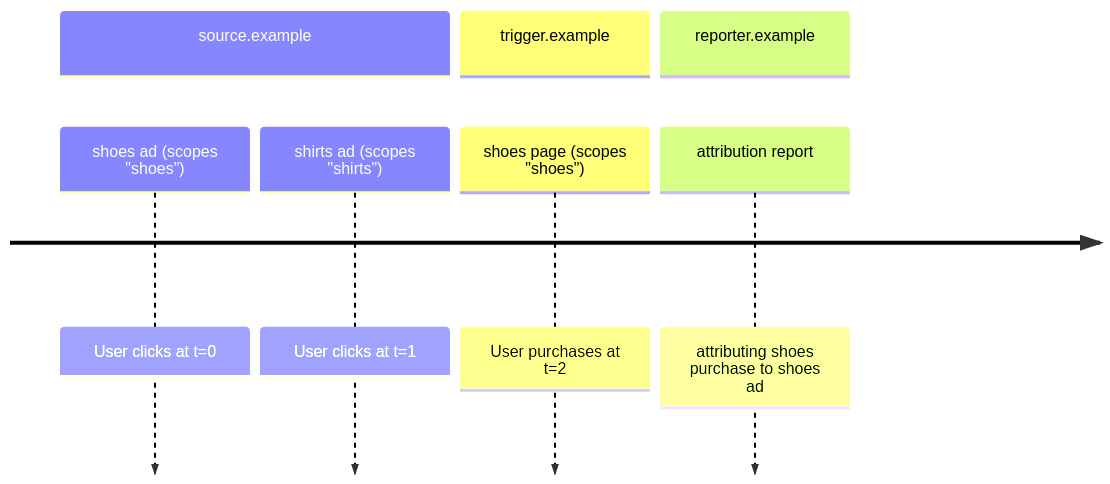
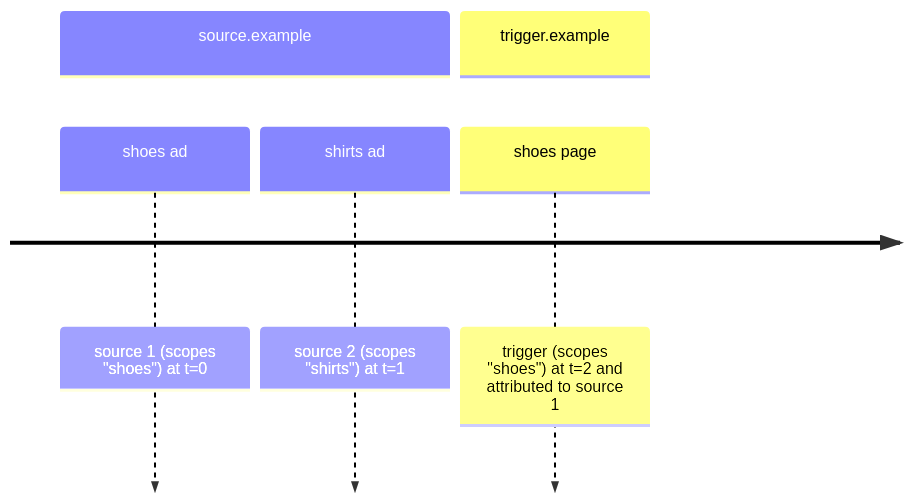
Before and after one commit to WICG/attribution-reporting-api: the second of 2 diagrams in attribution_scopes.md, drawn with Mermaid. The commit also changed other lines of this file, not shown here.

````diff
--- a/attribution_scopes.md
+++ b/attribution_scopes.md
@@ -175,10 +173,8 @@
 ```mermaid
 timeline
   section source.example
-    shoes ad (scopes "shoes"): User clicks at t=0
-    shirts ad (scopes "shirts"): User clicks at t=1
+    shoes ad: source 1 (scopes "shoes") at t=0
+    shirts ad: source 2 (scopes "shirts") at t=1
   section trigger.example
-    shoes page (scopes "shoes"): User purchases at t=2
-  section reporter.example
-    attribution report: attributing shoes purchase to shoes ad
+    shoes page: trigger (scopes "shoes") at t=2 and attributed to source 1
 ```
````
